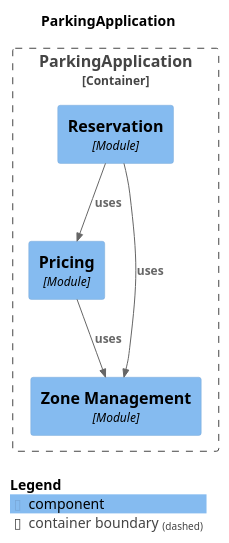
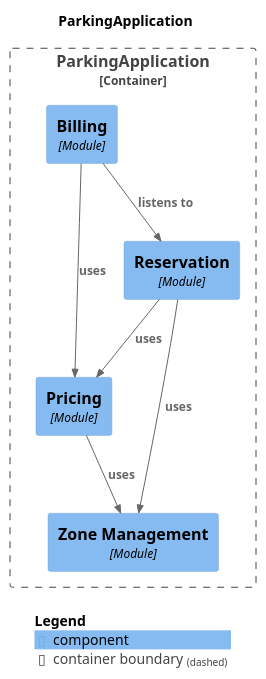
The diagram in target/spring-modulith-docs/components.puml (VladTZY/Erasmus-CarParking), drawn with PlantUML before and after one commit. The commit also changed 28 other files, not shown here.

```diff
--- a/target/spring-modulith-docs/components.puml
+++ b/target/spring-modulith-docs/components.puml
@@ -1,22 +1,25 @@
 @startuml
 set separator none
 title ParkingApplication
 
 top to bottom direction
 
 !include <C4/C4>
 !include <C4/C4_Context>
 !include <C4/C4_Component>
 
 Container_Boundary("ParkingApplication.ParkingApplication_boundary", "ParkingApplication", $tags="") {
+  Component(ParkingApplication.ParkingApplication.Billing, "Billing", $techn="Module", $descr="", $tags="", $link="")
   Component(ParkingApplication.ParkingApplication.Pricing, "Pricing", $techn="Module", $descr="", $tags="", $link="")
   Component(ParkingApplication.ParkingApplication.Reservation, "Reservation", $techn="Module", $descr="", $tags="", $link="")
   Component(ParkingApplication.ParkingApplication.ZoneManagement, "Zone Management", $techn="Module", $descr="", $tags="", $link="")
 }
 
+Rel(ParkingApplication.ParkingApplication.Pricing, ParkingApplication.ParkingApplication.ZoneManagement, "uses", $techn="", $tags="", $link="")
+Rel(ParkingApplication.ParkingApplication.Billing, ParkingApplication.ParkingApplication.Reservation, "listens to", $techn="", $tags="", $link="")
+Rel(ParkingApplication.ParkingApplication.Billing, ParkingApplication.ParkingApplication.Pricing, "uses", $techn="", $tags="", $link="")
 Rel(ParkingApplication.ParkingApplication.Reservation, ParkingApplication.ParkingApplication.ZoneManagement, "uses", $techn="", $tags="", $link="")
 Rel(ParkingApplication.ParkingApplication.Reservation, ParkingApplication.ParkingApplication.Pricing, "uses", $techn="", $tags="", $link="")
-Rel(ParkingApplication.ParkingApplication.Pricing, ParkingApplication.ParkingApplication.ZoneManagement, "uses", $techn="", $tags="", $link="")
 
 SHOW_LEGEND(true)
 @enduml
```
